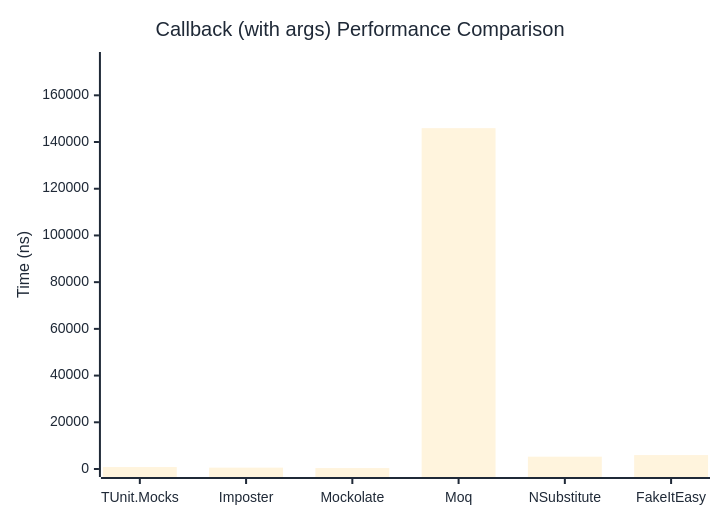
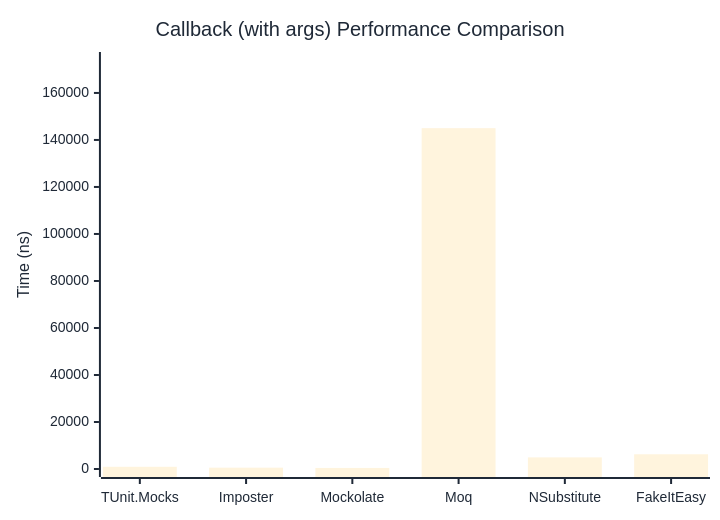
Before and after one commit to thomhurst/TUnit: the second of 2 diagrams in docs/docs/benchmarks/mocks/Callback.md, drawn with Mermaid. The commit also changed other lines of this file and 14 other files, not shown here.

````diff
--- a/docs/docs/benchmarks/mocks/Callback.md
+++ b/docs/docs/benchmarks/mocks/Callback.md
@@ -71,27 +71,27 @@
 ```mermaid
 %%{init: {
   'theme':'base',
   'themeVariables': {
     'primaryColor': '#2563eb',
     'primaryTextColor': '#1f2937',
     'primaryBorderColor': '#1e40af',
     'lineColor': '#6b7280',
     'secondaryColor': '#7c3aed',
     'tertiaryColor': '#dc2626',
     'background': '#ffffff',
     'pie1': '#2563eb',
     'pie2': '#7c3aed',
     'pie3': '#dc2626',
     'pie4': '#f59e0b',
     'pie5': '#10b981',
     'pie6': '#06b6d4',
     'pie7': '#ec4899',
     'pie8': '#6366f1'
   }
 }}%%
 xychart-beta
   title "Callback (with args) Performance Comparison"
   x-axis ["TUnit.Mocks", "Imposter", "Mockolate", "Moq", "NSubstitute", "FakeItEasy"]
-  y-axis "Time (ns)" 0 --> 175121
-  bar [837.6, 582.3, 396.1, 145933.4, 5276.3, 5958.8]
+  y-axis "Time (ns)" 0 --> 174016
+  bar [945.9, 567.6, 455.8, 145013, 4942.4, 6264.6]
 ```
````
